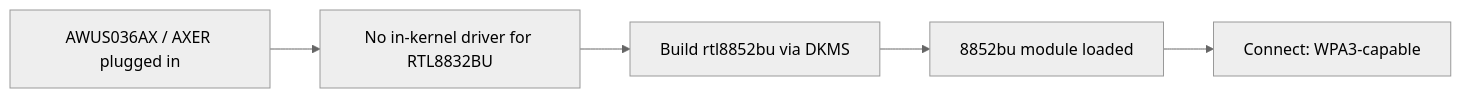
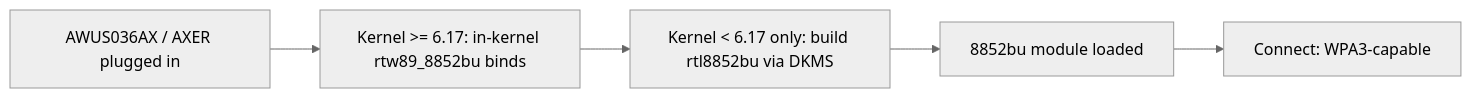
Before and after one commit to yopitek/yupitek-wiki: the diagram in i18n/zh-CN/docusaurus-plugin-content-docs/current/01-alfa-network/drivers/rtl8832bu/index.md, drawn with Mermaid (neutral theme). The commit also changed other lines of this file and 108 other files, not shown here.

````diff
--- a/i18n/zh-CN/docusaurus-plugin-content-docs/current/01-alfa-network/drivers/rtl8832bu/index.md
+++ b/i18n/zh-CN/docusaurus-plugin-content-docs/current/01-alfa-network/drivers/rtl8832bu/index.md
@@ -22,7 +22,7 @@
 ```mermaid
 flowchart LR
-    A["AWUS036AX / AXER plugged in"] --> B["No in-kernel driver for RTL8832BU"]
-    B --> C["Build rtl8852bu via DKMS"]
+    A["AWUS036AX / AXER plugged in"] --> B["Kernel >= 6.17: in-kernel rtw89_8852bu binds"]
+    B --> C["Kernel < 6.17 only: build rtl8852bu via DKMS"]
     C --> D["8852bu module loaded"]
     D --> E["Connect: WPA3-capable"]
 ```
````
